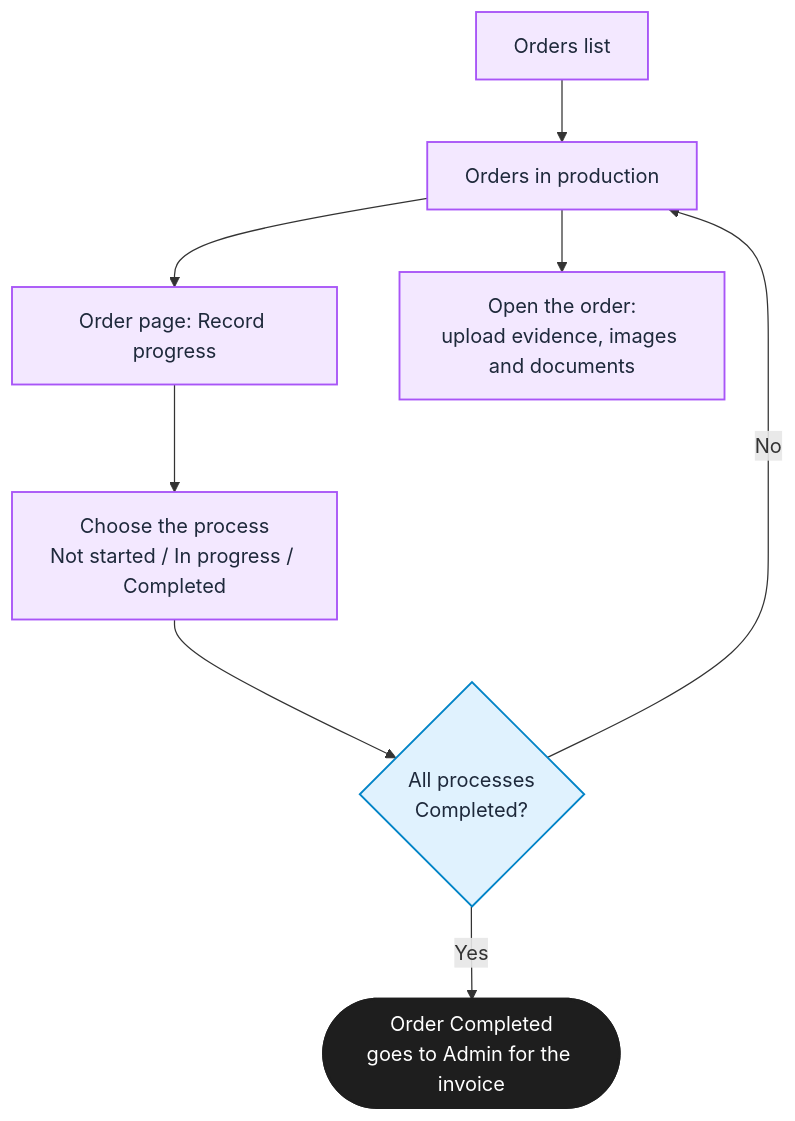
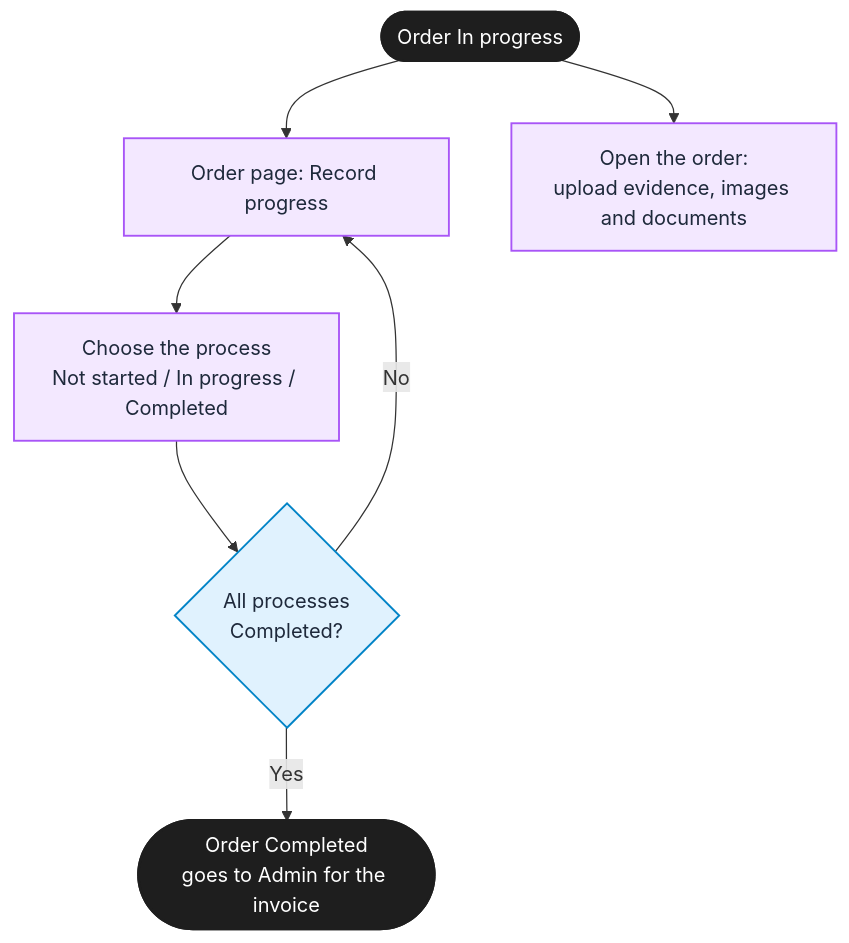
The sixth of 12 diagrams in docs/ProjectdocInfo/UserFlow/User Flow.md (Detmon0410/Base_Sample_ERP), drawn with Mermaid before and after one commit. The commit also changed other lines of this file and 12 other files, not shown here.

Commit message:
Diagrams follow the system: Accounting has a supplier side, Sale Worker does not edit orders, products have no processes and Materials are in Stock, the Dashboard only has order tiles, the Purchase page lists Low or Out materials, no mock in the architecture

````diff
--- a/docs/ProjectdocInfo/UserFlow/User Flow.md
+++ b/docs/ProjectdocInfo/UserFlow/User Flow.md
@@ -133,15 +133,14 @@
 ```mermaid
 flowchart TD
     classDef startEnd fill:#1e1e1e,stroke:#1e1e1e,color:#ffffff,stroke-width:2px;
     classDef action fill:#f3e8ff,stroke:#a855f7,color:#1e293b,stroke-width:1.5px;
     classDef decision fill:#e0f2fe,stroke:#0284c7,color:#1e293b,stroke-width:1.5px;
     classDef error fill:#fee2e2,stroke:#ef4444,color:#991b1b,stroke-width:1.5px;
 
-    A0[Orders list]:::action --> A2[Orders in production]:::action
-    A2 --> C1[Order page: Record progress]:::action
+    A2([Order In progress]):::startEnd --> C1[Order page: Record progress]:::action
     A2 --> C5[Open the order:<br/>upload evidence, images and documents]:::action
     C1 --> C2[Choose the process<br/>Not started / In progress / Completed]:::action
     C2 --> C3{All processes<br/>Completed?}:::decision
-    C3 -- No --> A2
+    C3 -- No --> C1
     C3 -- Yes --> C4([Order Completed<br/>goes to Admin for the invoice]):::startEnd
 ```
````
